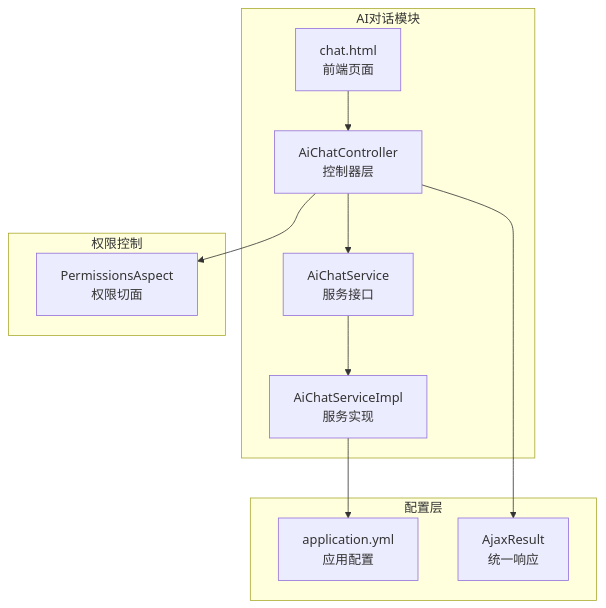
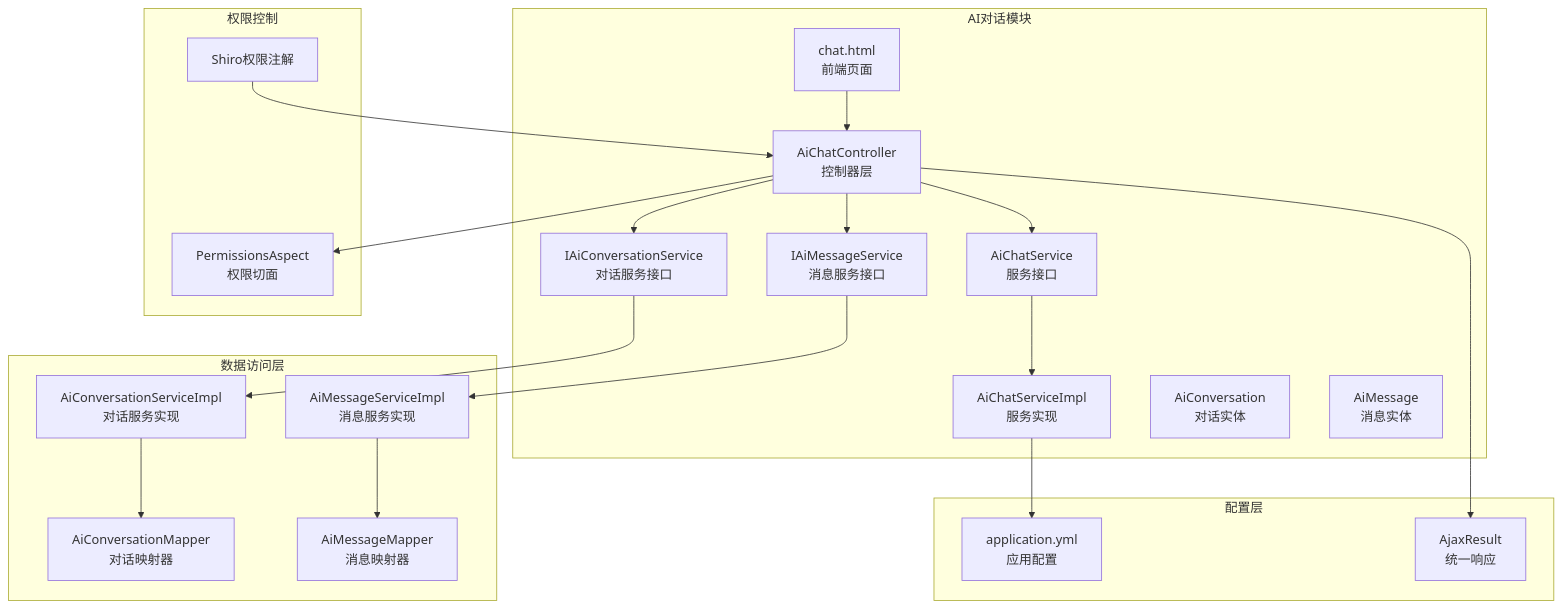
One commit to xionghao5/ruoyi-demo changed the first of 7 diagrams in .qoder/repowiki/zh/content/API接口文档/AI对话API.md. Above: the diagram before and after it, drawn with Mermaid. The commit also changed other lines of this file and 3 other files, not shown here.

````diff
--- a/.qoder/repowiki/zh/content/API接口文档/AI对话API.md
+++ b/.qoder/repowiki/zh/content/API接口文档/AI对话API.md
@@ -44,22 +54,40 @@
 ```mermaid
 graph TB
 subgraph "AI对话模块"
 A[AiChatController<br/>控制器层]
 B[AiChatService<br/>服务接口]
 C[AiChatServiceImpl<br/>服务实现]
-D[chat.html<br/>前端页面]
+D[IAiConversationService<br/>对话服务接口]
+E[IAiMessageService<br/>消息服务接口]
+F[AiConversation<br/>对话实体]
+G[AiMessage<br/>消息实体]
+H[chat.html<br/>前端页面]
+end
+subgraph "数据访问层"
+I[AiConversationMapper<br/>对话映射器]
+J[AiMessageMapper<br/>消息映射器]
+K[AiConversationServiceImpl<br/>对话服务实现]
+L[AiMessageServiceImpl<br/>消息服务实现]
 end
 subgraph "配置层"
-E[application.yml<br/>应用配置]
-F[AjaxResult<br/>统一响应]
+M[application.yml<br/>应用配置]
+N[AjaxResult<br/>统一响应]
 end
 subgraph "权限控制"
-G[PermissionsAspect<br/>权限切面]
+O[PermissionsAspect<br/>权限切面]
+P[Shiro权限注解]
 end
 A --> B
+A --> D
+A --> E
 B --> C
-C --> E
-A --> F
-A --> G
-D --> A
+D --> K
+E --> L
+K --> I
+L --> J
+C --> M
+A --> N
+A --> O
+P --> A
+H --> A
 ```
````
